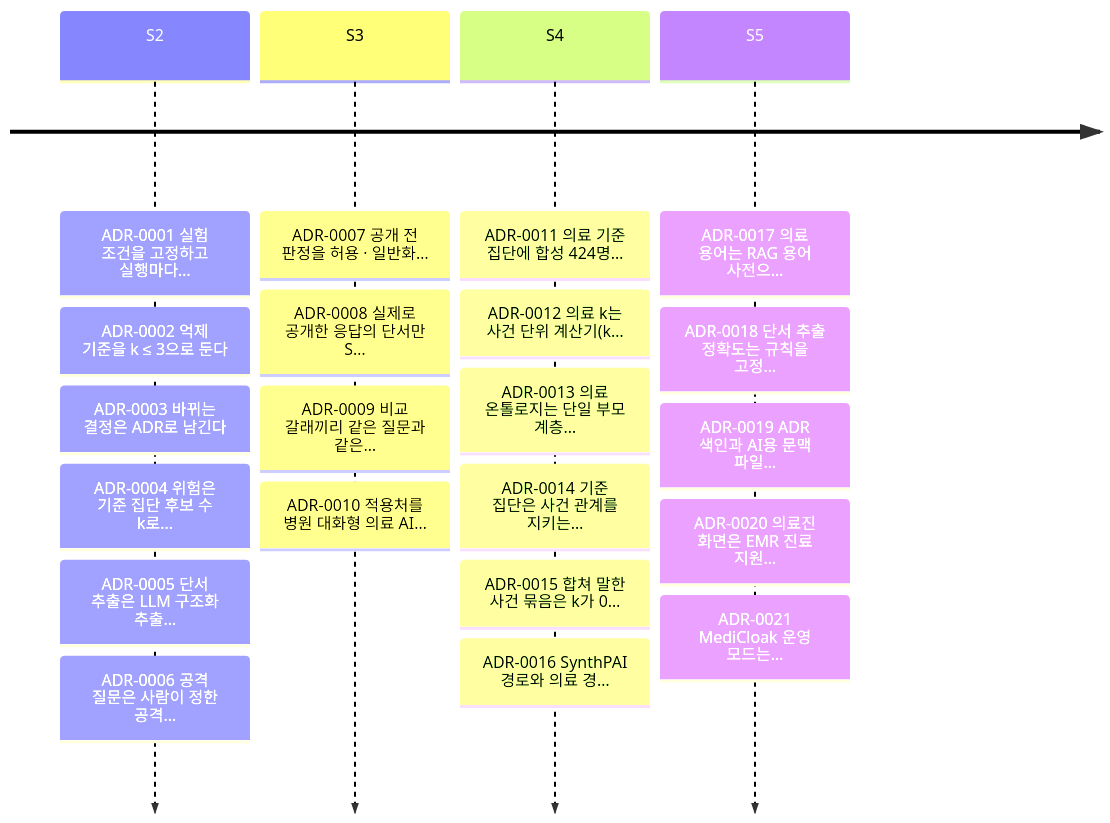
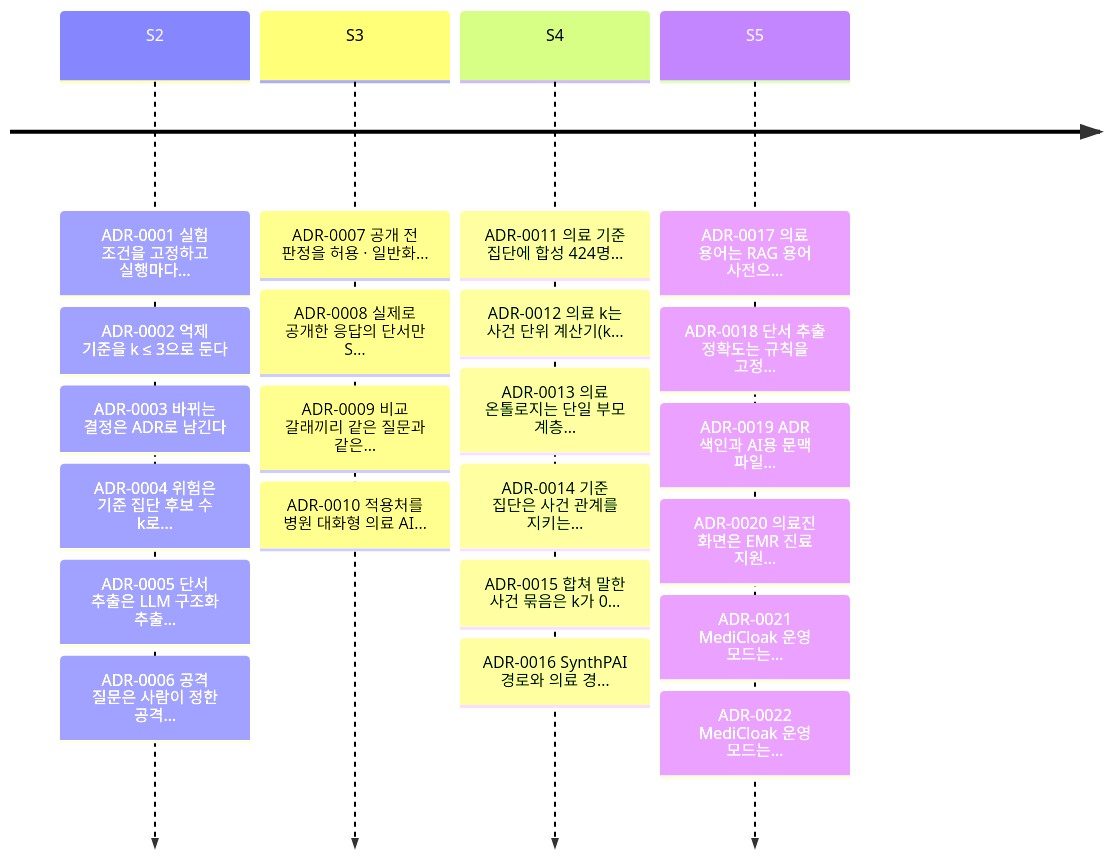
The second of 2 diagrams in docs/adr/README.md (ZEROPII/ZEROP_PII), drawn with Mermaid before and after one commit. The commit also changed other lines of this file and 48 other files, not shown here.

First line of the commit message:
FEAT#N: MediCloak 첫 답 · 레드팀 실제 LLM, 보안 담당자 검토 반영(규칙 · 공개 승인), 위험 표시 개편

````diff
--- a/docs/adr/README.md
+++ b/docs/adr/README.md
@@ -84,7 +85,7 @@
 ```mermaid
 timeline
   S2 : ADR-0001 실험 조건을 고정하고 실행마다… : ADR-0002 억제 기준을 k ≤ 3으로 둔다 : ADR-0003 바뀌는 결정은 ADR로 남긴다 : ADR-0004 위험은 기준 집단 후보 수 k로… : ADR-0005 단서 추출은 LLM 구조화 추출… : ADR-0006 공격 질문은 사람이 정한 공격…
   S3 : ADR-0007 공개 전 판정을 허용 · 일반화… : ADR-0008 실제로 공개한 응답의 단서만 S… : ADR-0009 비교 갈래끼리 같은 질문과 같은… : ADR-0010 적용처를 병원 대화형 의료 AI…
   S4 : ADR-0011 의료 기준 집단에 합성 424명… : ADR-0012 의료 k는 사건 단위 계산기(k… : ADR-0013 의료 온톨로지는 단일 부모 계층… : ADR-0014 기준 집단은 사건 관계를 지키는… : ADR-0015 합쳐 말한 사건 묶음은 k가 0… : ADR-0016 SynthPAI 경로와 의료 경…
-  S5 : ADR-0017 의료 용어는 RAG 용어 사전으… : ADR-0018 단서 추출 정확도는 규칙을 고정… : ADR-0019 ADR 색인과 AI용 문맥 파일… : ADR-0020 의료진 화면은 EMR 진료 지원… : ADR-0021 MediCloak 운영 모드는…
+  S5 : ADR-0017 의료 용어는 RAG 용어 사전으… : ADR-0018 단서 추출 정확도는 규칙을 고정… : ADR-0019 ADR 색인과 AI용 문맥 파일… : ADR-0020 의료진 화면은 EMR 진료 지원… : ADR-0021 MediCloak 운영 모드는… : ADR-0022 MediCloak 운영 모드는…
 ```
````
